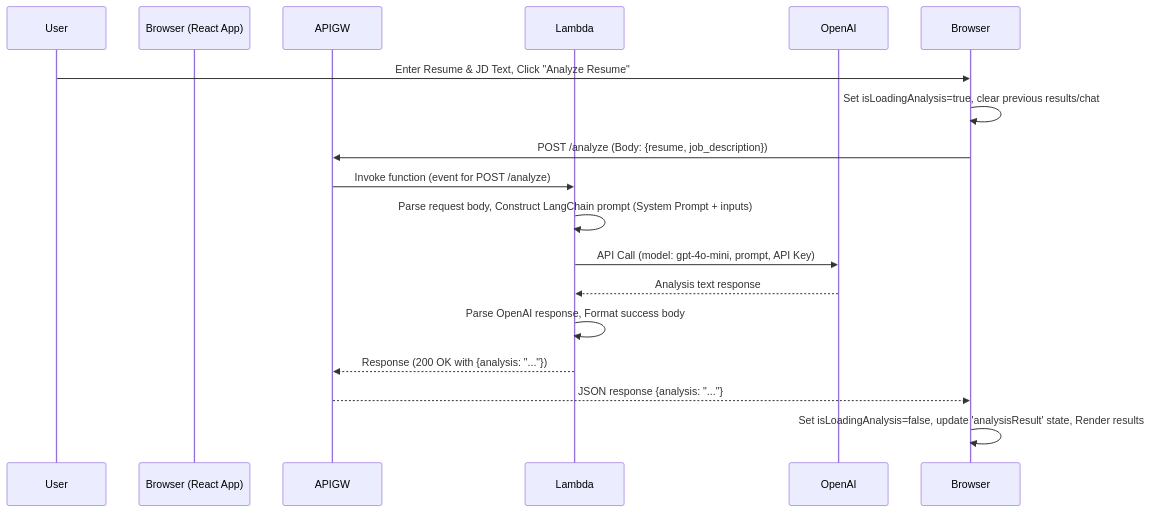
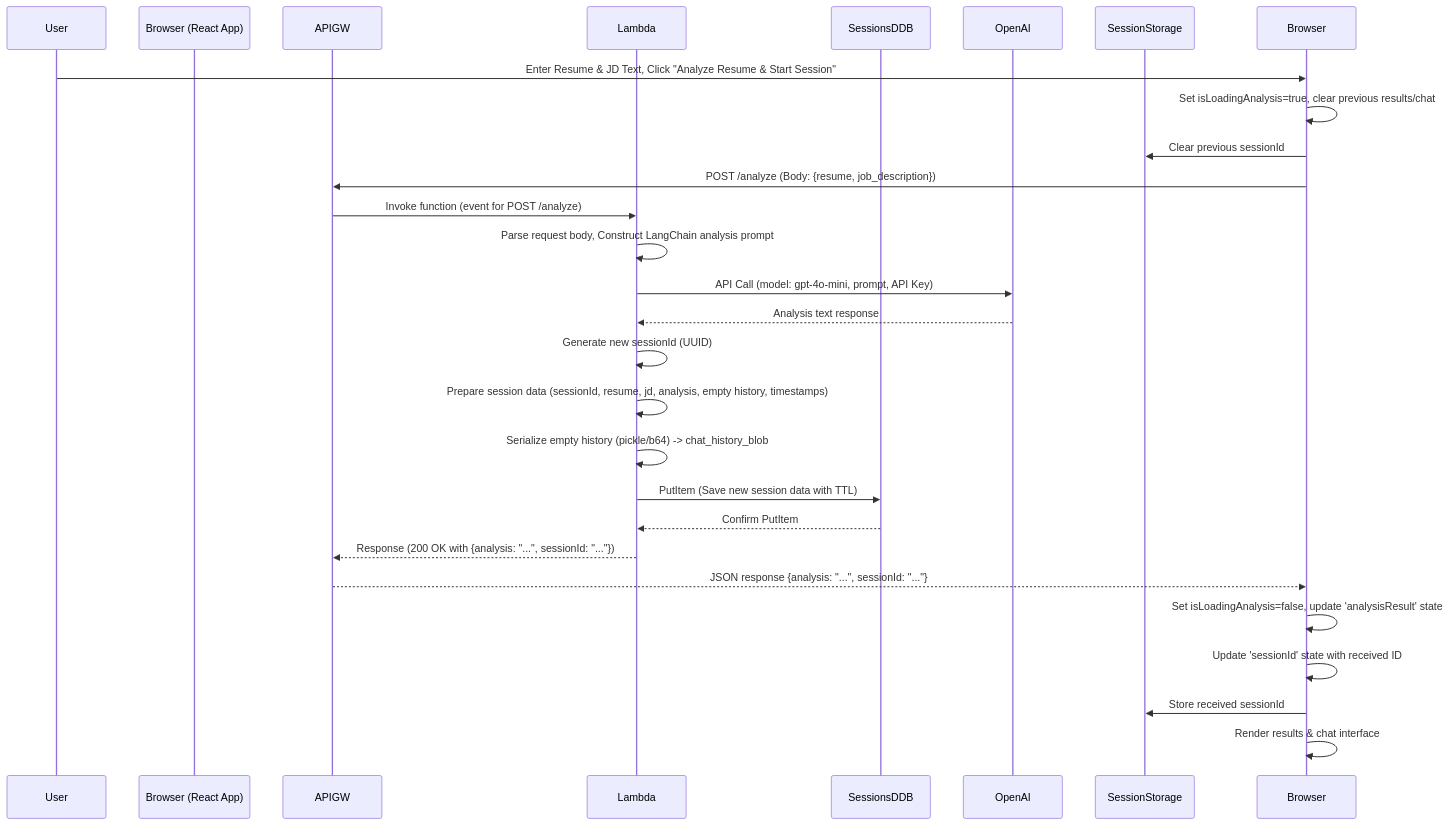
One commit to gaviral/ResumeCoach changed the third of 4 diagrams in README.md. Above: the diagram before and after it, drawn with Mermaid. The commit also changed other lines of this file, not shown here.

````diff
--- a/README.md
+++ b/README.md
@@ -419,20 +238,30 @@
 ```mermaid
 sequenceDiagram
     participant User
     participant Browser (React App)
     participant APIGW
     participant Lambda
+    participant SessionsDDB
     participant OpenAI
+    participant SessionStorage
 
-    User->>Browser: Enter Resume & JD Text, Click "Analyze Resume"
+    User->>Browser: Enter Resume & JD Text, Click "Analyze Resume & Start Session"
     Browser->>Browser: Set isLoadingAnalysis=true, clear previous results/chat
+    Browser->>SessionStorage: Clear previous sessionId
     Browser->>APIGW: POST /analyze (Body: {resume, job_description})
     APIGW->>Lambda: Invoke function (event for POST /analyze)
-    Lambda->>Lambda: Parse request body, Construct LangChain prompt (System Prompt + inputs)
+    Lambda->>Lambda: Parse request body, Construct LangChain analysis prompt
     Lambda->>OpenAI: API Call (model: gpt-4o-mini, prompt, API Key)
     OpenAI-->>Lambda: Analysis text response
-    Lambda->>Lambda: Parse OpenAI response, Format success body
-    Lambda-->>APIGW: Response (200 OK with {analysis: "..."})
-    APIGW-->>Browser: JSON response {analysis: "..."}
-    Browser->>Browser: Set isLoadingAnalysis=false, update 'analysisResult' state, Render results
+    Lambda->>Lambda: Generate new sessionId (UUID)
+    Lambda->>Lambda: Prepare session data (sessionId, resume, jd, analysis, empty history, timestamps)
+    Lambda->>Lambda: Serialize empty history (pickle/b64) -> chat_history_blob
+    Lambda->>SessionsDDB: PutItem (Save new session data with TTL)
+    SessionsDDB-->>Lambda: Confirm PutItem
+    Lambda-->>APIGW: Response (200 OK with {analysis: "...", sessionId: "..."})
+    APIGW-->>Browser: JSON response {analysis: "...", sessionId: "..."}
+    Browser->>Browser: Set isLoadingAnalysis=false, update 'analysisResult' state
+    Browser->>Browser: Update 'sessionId' state with received ID
+    Browser->>SessionStorage: Store received sessionId
+    Browser->>Browser: Render results & chat interface
 ```
````
